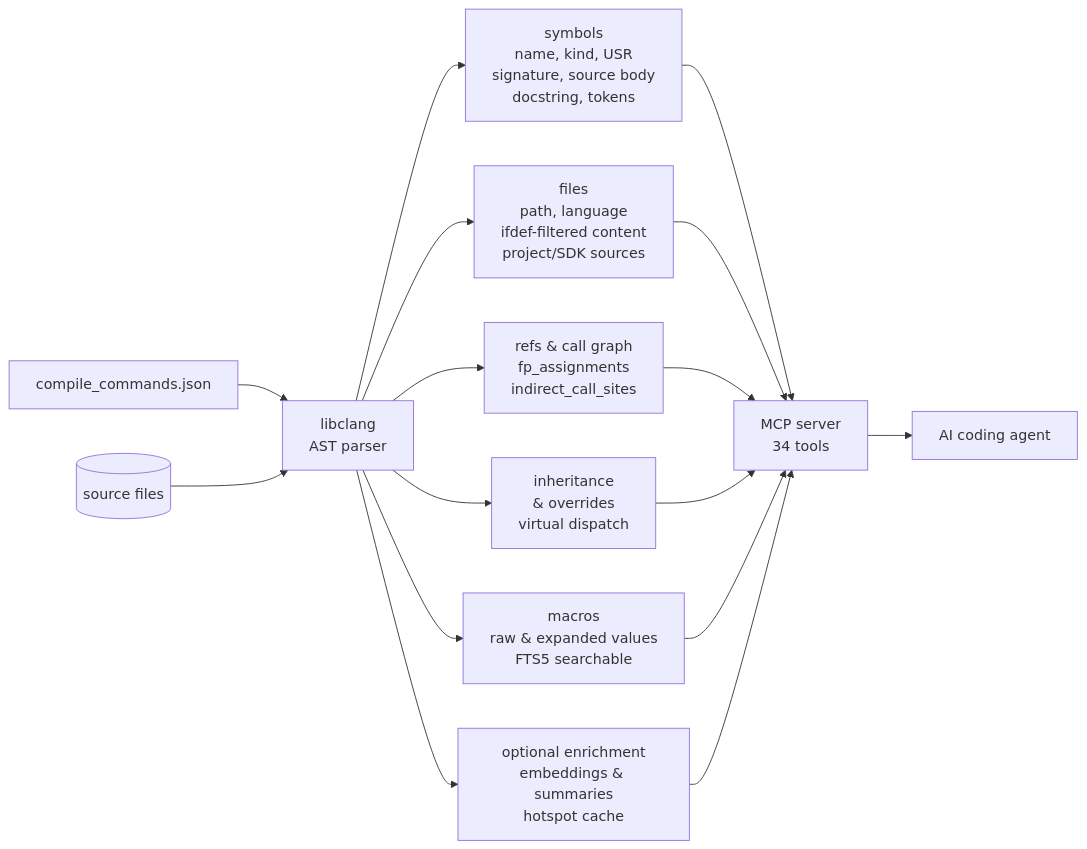
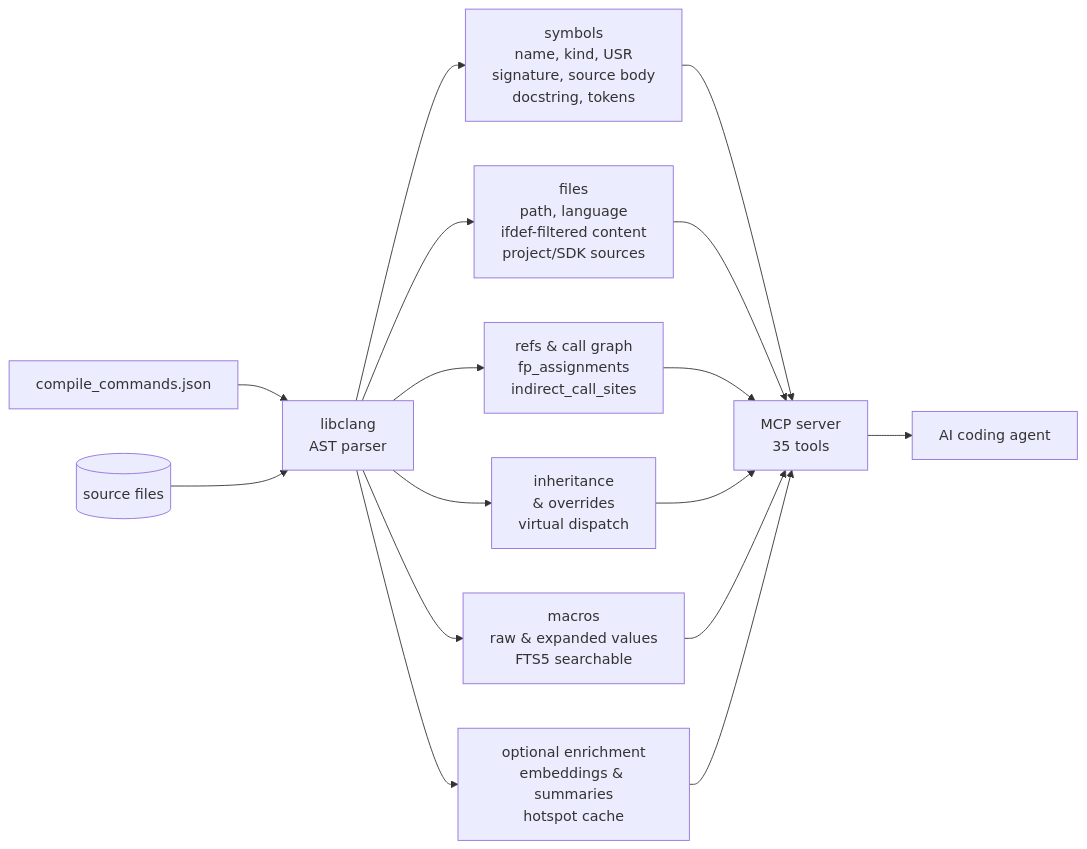
One commit to turbyho/fw-context-mcp changed the diagram in README.md. Above: the diagram before and after it, drawn with Mermaid. The commit also changed 1 other file, not shown here.

Commit message:
chore: fix tool count 34→35 in README, update uv.lock

````diff
--- a/README.md
+++ b/README.md
@@ -111,7 +111,7 @@
 ```mermaid
 flowchart LR
     CCJ[compile_commands.json] & SRC[(source files)] --> LIBCLANG[libclang<br/>AST parser]
     LIBCLANG --> SYMBOLS[symbols<br/>name, kind, USR<br/>signature, source body<br/>docstring, tokens] & FILES[files<br/>path, language<br/>ifdef-filtered content<br/>project/SDK sources] & REFS[refs &amp; call graph<br/>fp_assignments<br/>indirect_call_sites] & INHERIT[inheritance<br/>&amp; overrides<br/>virtual dispatch] & MACROS[macros<br/>raw &amp; expanded values<br/>FTS5 searchable] & ENRICH[optional enrichment<br/>embeddings &amp; summaries<br/>hotspot cache]
-    SYMBOLS & FILES & REFS & INHERIT & MACROS & ENRICH --> MCP[MCP server<br/>34 tools]
+    SYMBOLS & FILES & REFS & INHERIT & MACROS & ENRICH --> MCP[MCP server<br/>35 tools]
     MCP --> LLM[AI coding agent]
 ```
````
